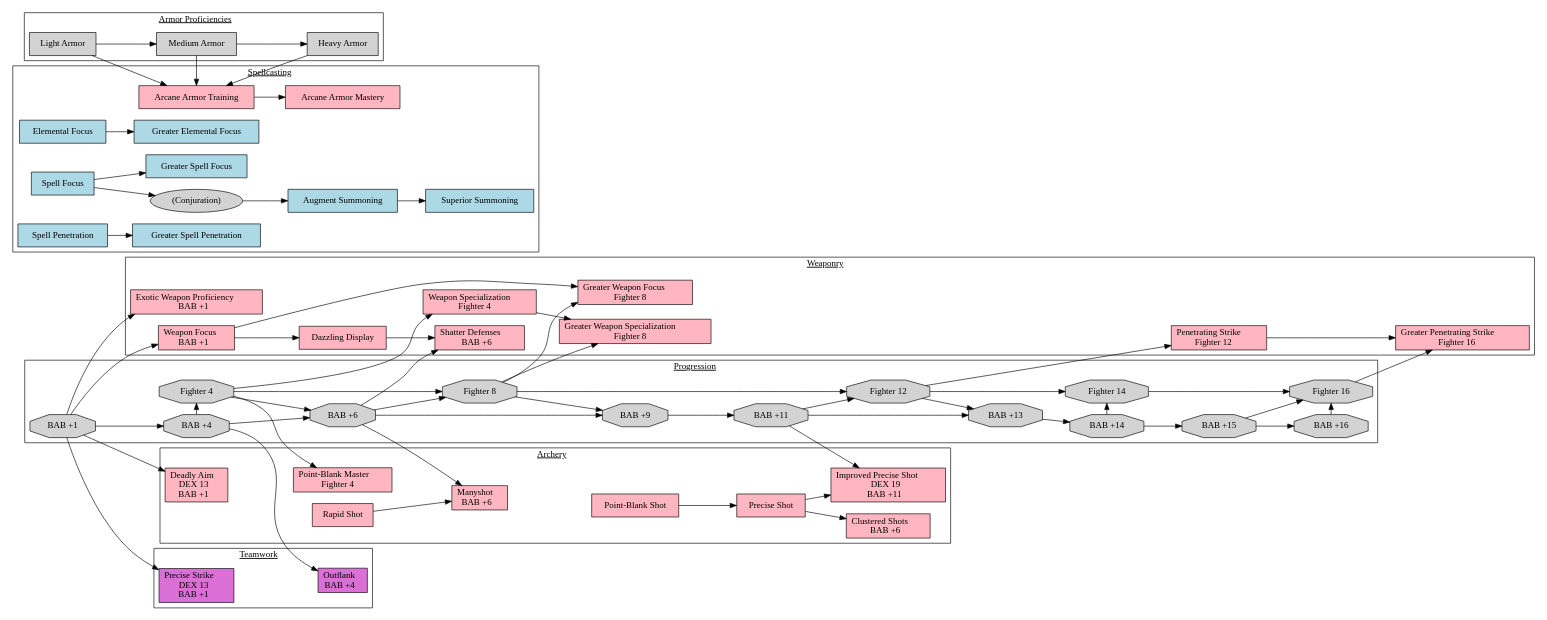
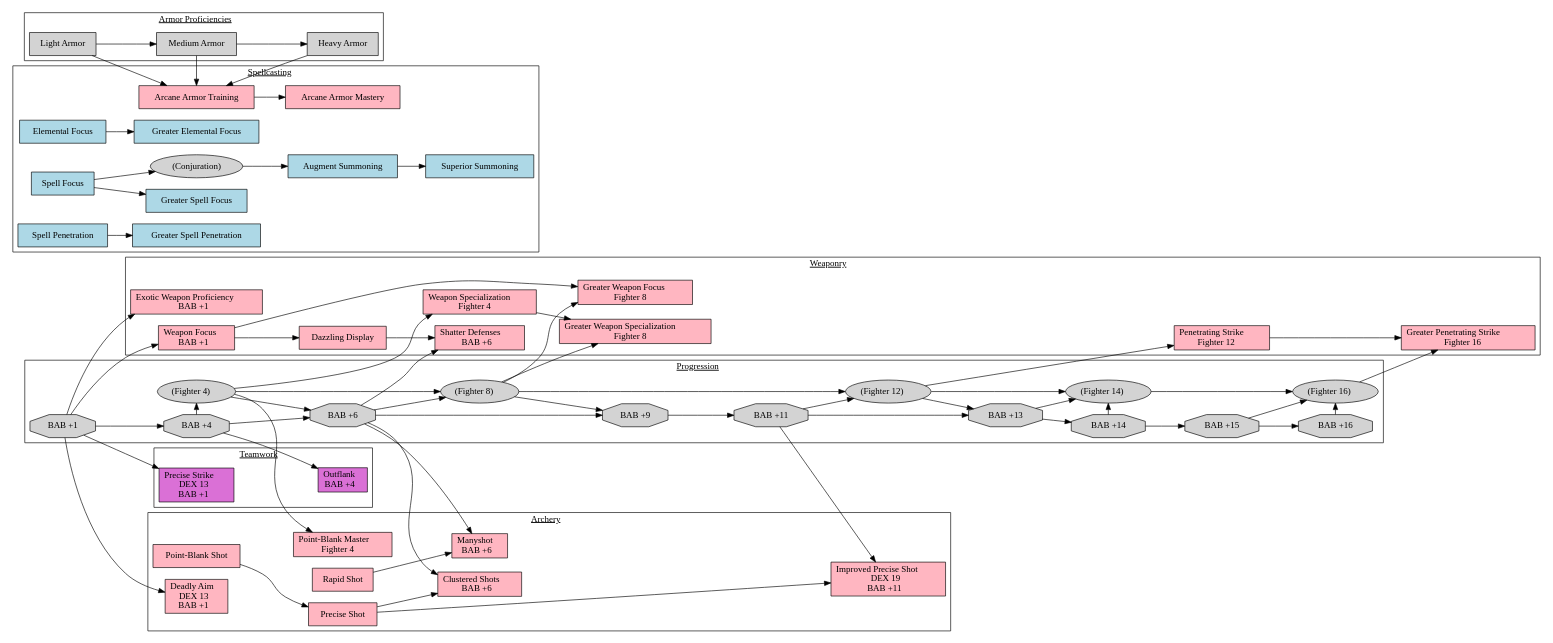
One commit to JAlexLind/PathFinder changed the diagram in Character.dot. Above: the diagram before and after it, drawn with Graphviz.

Commit message:
The tweaking never stops!

```diff
--- a/Character.dot
+++ b/Character.dot
@@ -1,125 +1,132 @@
 digraph Character
 {
   ratio=auto
   rankdir=LR
   newrank=true
   node [shape=rectangle, color=black, style=filled, fillcolor=transparent]
 
 subgraph cluster_bab
 {
   label=<<U>Progression</U>>
   node [shape=octagon, fillcolor=lightgrey]
+  "Fighter 4" [shape=oval, label=<(\N)>]
+  "Fighter 8" [shape=oval, label=<(\N)>]
+  "Fighter 12" [shape=oval, label=<(\N)>]
+  "Fighter 14" [shape=oval, label=<(\N)>]
+  "Fighter 16" [shape=oval, label=<(\N)>]
   "BAB +1" -> "BAB +4" -> "BAB +6" -> "BAB +9" -> "BAB +11" -> "BAB +13" -> "BAB +14" -> "BAB +15" -> "BAB +16"
   "Fighter 4" -> "Fighter 8" -> "Fighter 12" -> "Fighter 14" -> "Fighter 16"
   "BAB +4" -> "Fighter 4" [constraint=false]
   "Fighter 4" -> "BAB +6"
   "BAB +6" -> "Fighter 8"
   "Fighter 8" -> "BAB +9"
   "BAB +11" -> "Fighter 12"
   "Fighter 12" -> "BAB +13"
+  "BAB +13" -> "Fighter 14"
   "BAB +14" -> "Fighter 14" [constraint=false]
   "BAB +15" -> "Fighter 16"
   "BAB +16" -> "Fighter 16" [constraint=false]
 }
 
 subgraph cluster_armors
 {
   label=<<U>Armor Proficiencies</U>>
   node [shape=rectangle, fillcolor=lightgrey]
   "Light Armor" -> "Medium Armor" -> "Heavy Armor"
 }
 
 subgraph cluster_teamwork
 {
   label=<<U>Teamwork</U>>
   node [fillcolor=orchid]
 
   "Outflank" [label=<\N<BR/>BAB +4>]
   "BAB +4" -> "Outflank"
 
   "Precise Strike" [label=<\N<BR/>DEX 13<BR/>BAB +1>]
   "BAB +1" -> "Precise Strike"
 }
 
 subgraph cluster_spellcasting
 {
   label=<<U>Spellcasting</U>>
   node [fillcolor=lightblue]
 
   "Elemental Focus" -> "Greater Elemental Focus"
   "Spell Focus" -> "Greater Spell Focus"
   "Spell Penetration" -> "Greater Spell Penetration"
   "(Conjuration)" [shape=oval, fillcolor=lightgrey]
   "Spell Focus" -> "(Conjuration)" -> "Augment Summoning" -> "Superior Summoning"
   "Arcane Armor Training" [fillcolor=lightpink]
   "Arcane Armor Mastery" [fillcolor=lightpink]
   "Light Armor" -> "Arcane Armor Training" [constraint=true]
   "Medium Armor" -> "Arcane Armor Training" [constraint=false]
   "Heavy Armor" -> "Arcane Armor Training" [constraint=false]
   "Arcane Armor Training" -> "Arcane Armor Mastery"
 }
 
 subgraph cluster_weaponry
 {
   label=<<U>Weaponry</U>>
   node [fillcolor=lightpink]
 
   "Exotic Weapon Proficiency" [label=<\N<BR/>BAB +1>]
   "BAB +1" -> "Exotic Weapon Proficiency"
 
   "Weapon Focus" [label=<\N<BR/>BAB +1>]
   "BAB +1" -> "Weapon Focus"
 
   "Weapon Specialization" [label=<\N<BR/>Fighter 4>]
   "Fighter 4" -> "Weapon Specialization"
 
   "Dazzling Display"
   "Weapon Focus" -> "Dazzling Display"
 
   "Shatter Defenses" [label=<\N<BR/>BAB +6>]
   "BAB +6" -> "Shatter Defenses"
   "Dazzling Display" -> "Shatter Defenses"
 
   "Greater Weapon Focus" [label=<\N<BR/>Fighter 8>]
   "Fighter 8" -> "Greater Weapon Focus"
   "Weapon Focus" -> "Greater Weapon Focus"
 
   "Greater Weapon Specialization" [label=<\N<BR/>Fighter 8>]
   "Fighter 8" -> "Greater Weapon Specialization"
   "Weapon Specialization" -> "Greater Weapon Specialization"
 
   "Penetrating Strike" [label=<\N<BR/>Fighter 12>]
   "Fighter 12" -> "Penetrating Strike"
 
   "Greater Penetrating Strike" [label=<\N<BR/>Fighter 16>]
   "Fighter 16" -> "Greater Penetrating Strike"
   "Penetrating Strike" -> "Greater Penetrating Strike"
 }
 
 subgraph cluster_archery
 {
   label=<<U>Archery</U>>
   node [fillcolor=lightpink]
 
   "Point-Blank Shot" -> "Precise Shot"
 
   "Deadly Aim" [label=<\N<BR/>DEX 13<BR/>BAB +1>]
   "BAB +1" -> "Deadly Aim"
 
   "Point-Blank Master" [label=<\N<BR/>Fighter 4>]
   "Fighter 4" -> "Point-Blank Master"
 
   "Clustered Shots" [label=<\N<BR/>BAB +6>]
   "Precise Shot" -> "Clustered Shots"
+  "BAB +6" -> "Clustered Shots"
 
   "Rapid Shot"
   "Manyshot" [label=<\N<BR/>BAB +6>]
   "Rapid Shot" -> "Manyshot"
   "BAB +6" -> "Manyshot"
 
   "Improved Precise Shot" [label=<\N<BR/>DEX 19<BR/>BAB +11>]
   "Precise Shot" -> "Improved Precise Shot"
   "BAB +11" -> "Improved Precise Shot"
 }
 
 }
```
